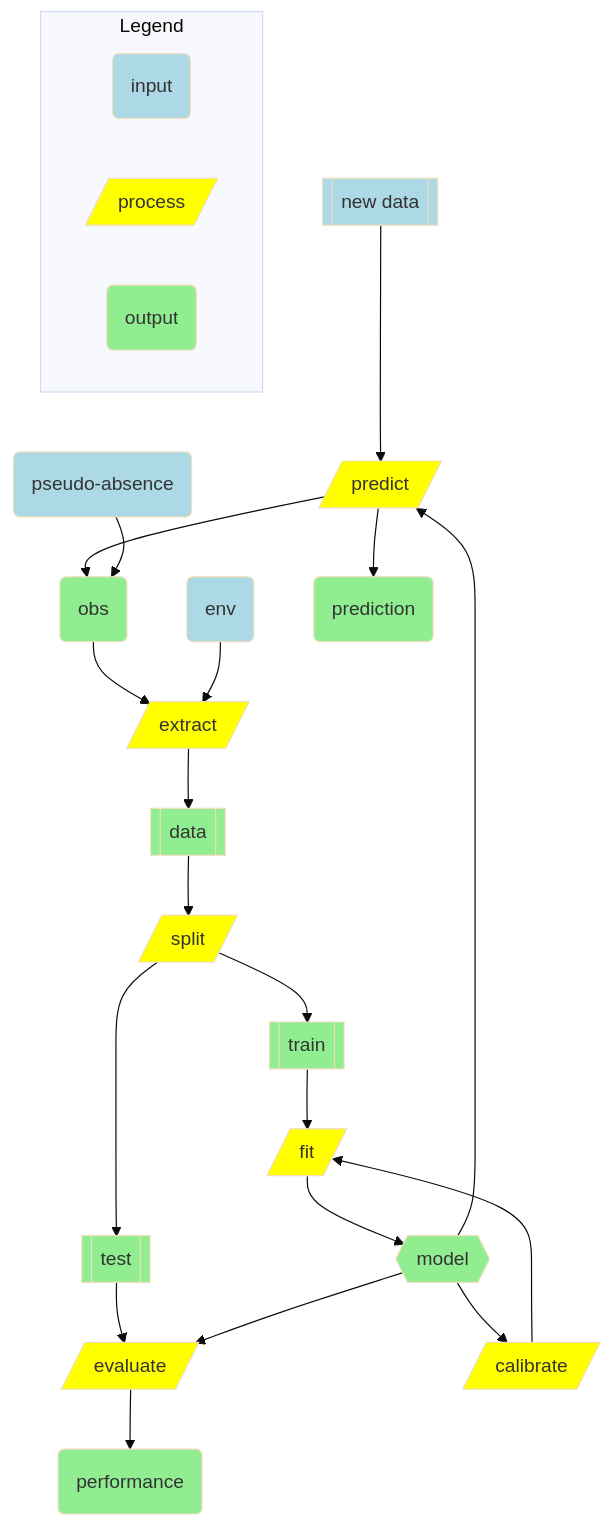
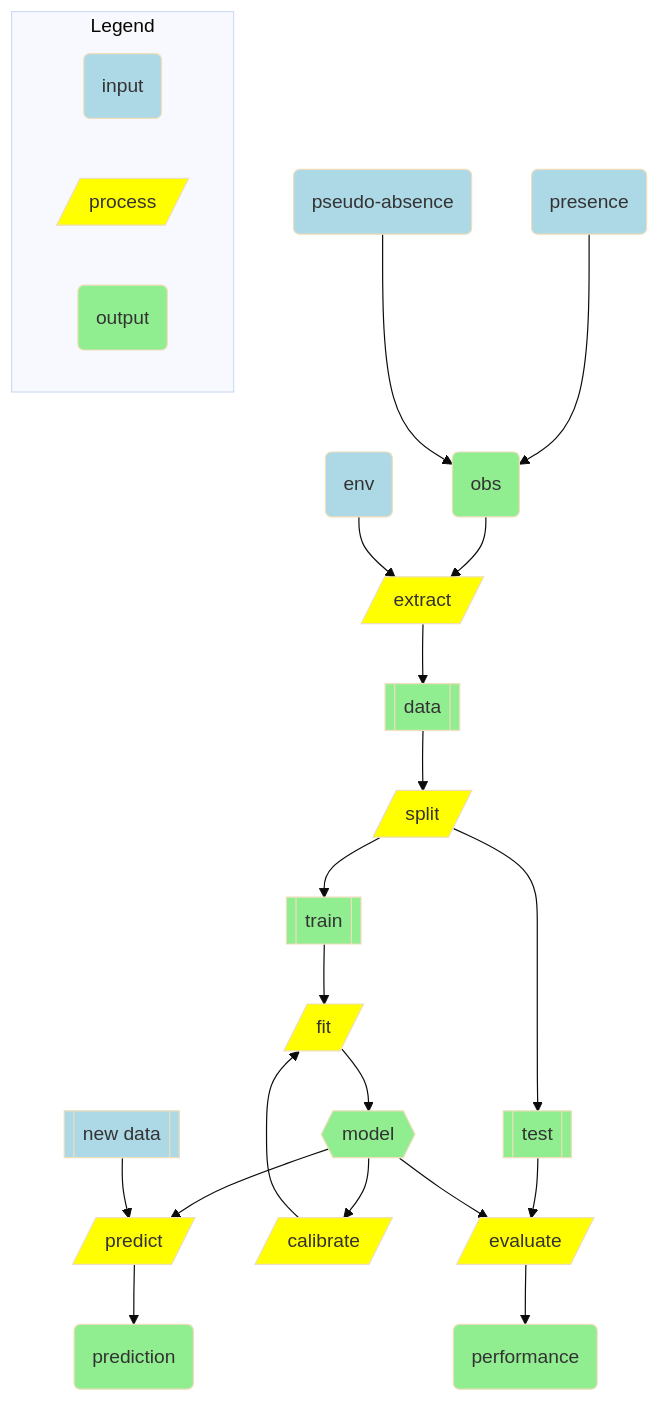
The diagram in diagrams/sdm-process.mmd (marinebon/MarineSDMs), drawn with Mermaid (base theme) before and after one commit. The commit also changed 3 other files, not shown here.

Commit message:
fix process diagram

```diff
--- a/diagrams/sdm-process.mmd
+++ b/diagrams/sdm-process.mmd
@@ -1,55 +1,55 @@
 flowchart TD
 
   %% nodes
   P(presence):::in
   A("pseudo-absence"):::in
   pts(obs):::out
   X[/extract/]:::fxn
   env(env):::in
   D[[data]]:::out
   S[/split/]:::fxn
   t1[[train]]:::out
   t2[[test]]:::out
   F[/fit/]:::fxn
   M{{model}}:::out
   E[/evaluate/]:::fxn
   C[/calibrate/]:::fxn
-  P[/predict/]:::fxn
+  pr[/predict/]:::fxn
   N[["new data"]]:::in
   prd(prediction):::out
   prf(performance):::out
 
   %% edges
   P   --> pts
   A   --> pts
   pts --> X
   env --> X
   X   --> D
   D   --> S
   S   --> t1
   S   --> t2
   t1  --> F
   F   --> M
   t2  --> E
   M   --> C
   C   --> F
-  M   --> P
-  N   --> P
+  M   --> pr
+  N   --> pr
   M   --> E
-  P   --> prd
+  pr  --> prd
   E   --> prf
 
   %% Legend
   in(input):::in
   fxn[/process/]:::fxn
   out(output):::out
   subgraph Legend
     in
     fxn
     out
   end
 
   %% styles
   classDef in  fill:lightblue
   classDef out fill:lightgreen
   classDef fxn fill:yellow
```
